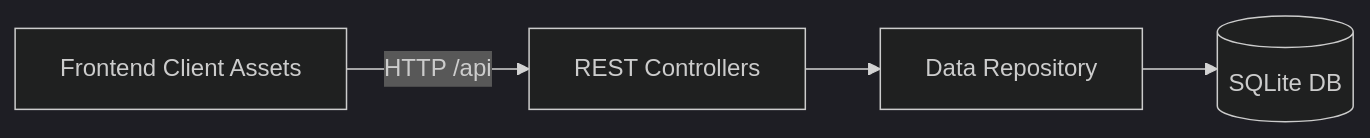
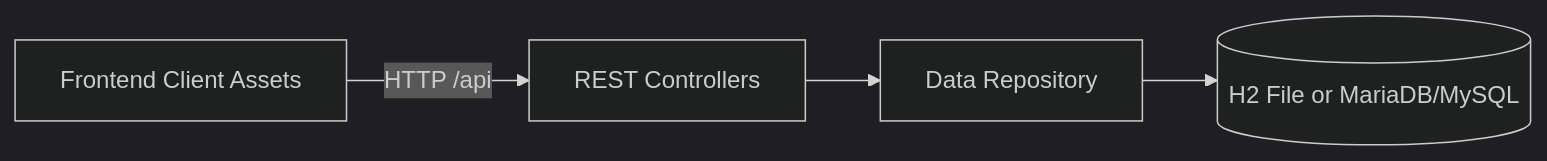
One commit to mithomas/shoe-tracker changed the second of 3 diagrams in _bmad-output/initiative-shoe-tracker/architecture-shoe-tracker/architecture-shoe-tracker.md. Above: the diagram before and after it, drawn with Mermaid (dark theme). The commit also changed other lines of this file and 12 other files, not shown here.

````diff
--- a/_bmad-output/initiative-shoe-tracker/architecture-shoe-tracker/architecture-shoe-tracker.md
+++ b/_bmad-output/initiative-shoe-tracker/architecture-shoe-tracker/architecture-shoe-tracker.md
@@ -37,6 +37,6 @@
 ```mermaid
 graph LR
     Client[Frontend Client Assets] -->|HTTP /api| REST[REST Controllers]
     REST --> Repository[Data Repository]
-    Repository --> SQLite[(SQLite DB)]
+    Repository --> DB[(H2 File or MariaDB/MySQL)]
 ```
````
